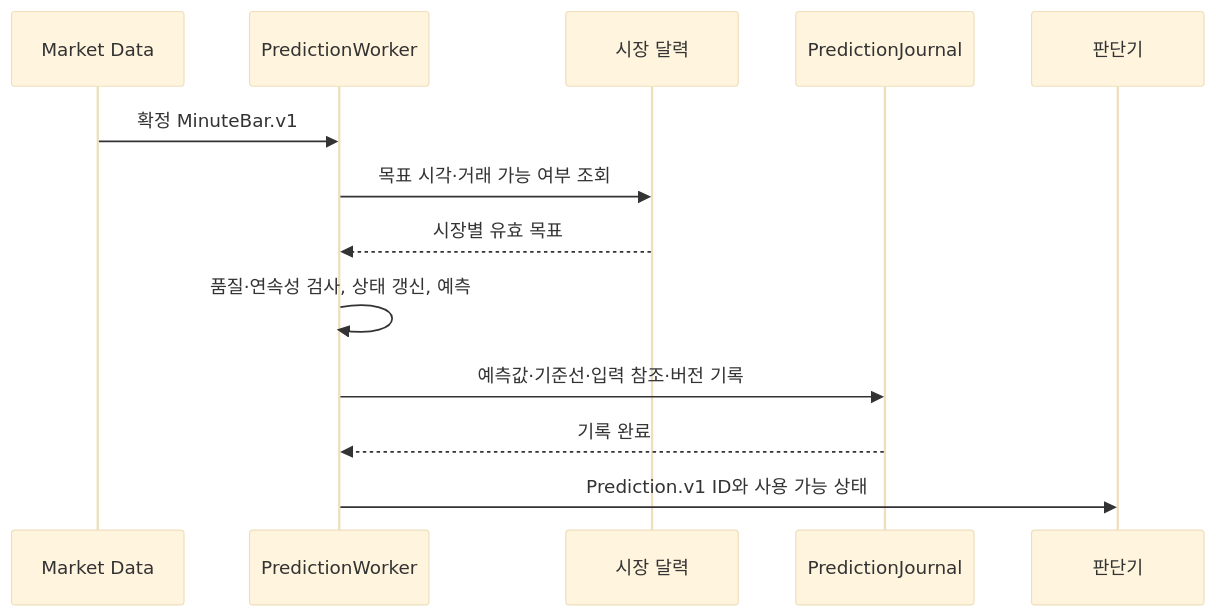
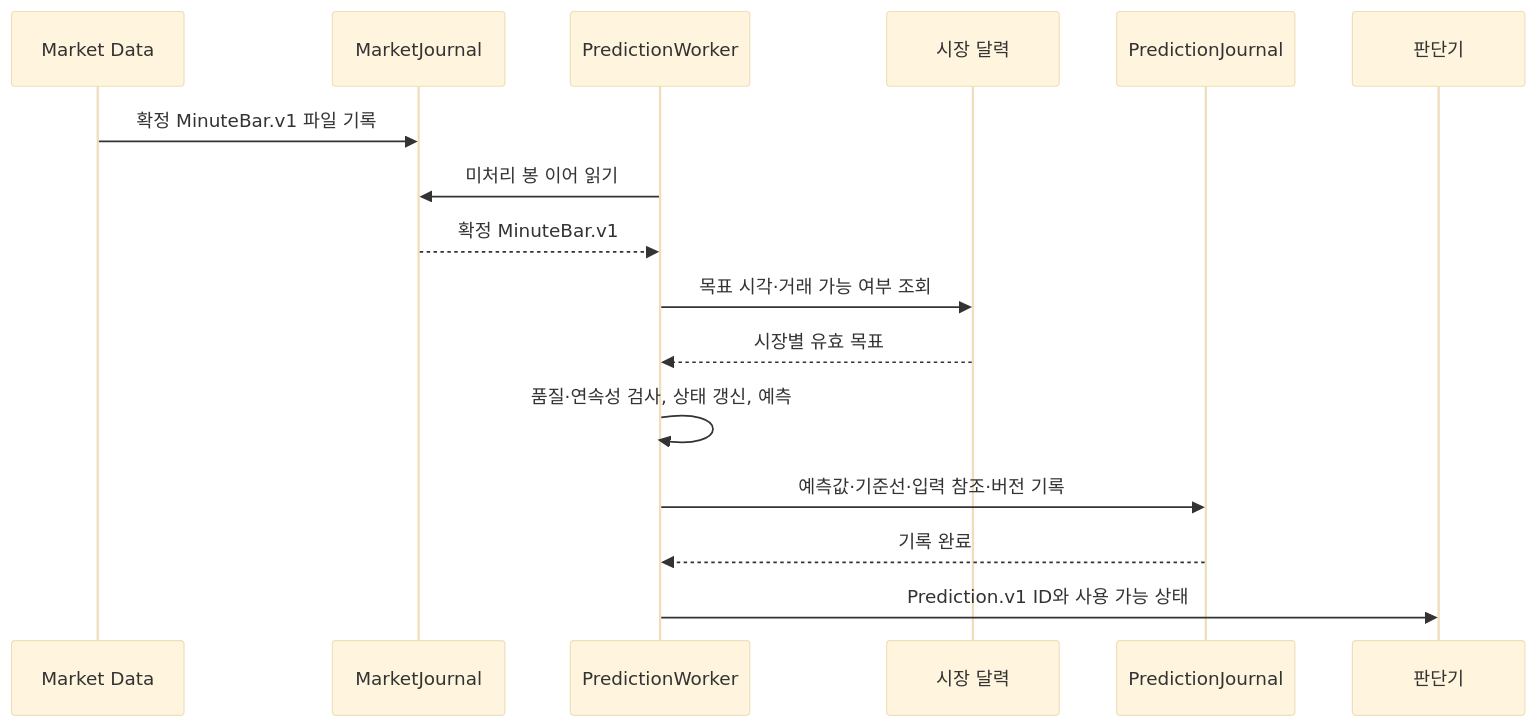
The second of 2 diagrams in docs/lld/02-price-prediction.md (ShinYEB/Auto-helm), drawn with Mermaid (base theme) before and after one commit. The commit also changed other lines of this file and 1 other file, not shown here.

Commit message:
Define durable minute bar handoff to prediction service

````diff
--- a/docs/lld/02-price-prediction.md
+++ b/docs/lld/02-price-prediction.md
@@ -53,15 +66,18 @@
 ```mermaid
 sequenceDiagram
     participant M as Market Data
+    participant MJ as MarketJournal
     participant P as PredictionWorker
     participant C as 시장 달력
-    participant J as PredictionJournal
+    participant PJ as PredictionJournal
     participant D as 판단기
-    M->>P: 확정 MinuteBar.v1
+    M->>MJ: 확정 MinuteBar.v1 파일 기록
+    P->>MJ: 미처리 봉 이어 읽기
+    MJ-->>P: 확정 MinuteBar.v1
     P->>C: 목표 시각·거래 가능 여부 조회
     C-->>P: 시장별 유효 목표
     P->>P: 품질·연속성 검사, 상태 갱신, 예측
-    P->>J: 예측값·기준선·입력 참조·버전 기록
-    J-->>P: 기록 완료
+    P->>PJ: 예측값·기준선·입력 참조·버전 기록
+    PJ-->>P: 기록 완료
     P->>D: Prediction.v1 ID와 사용 가능 상태
 ```
````
